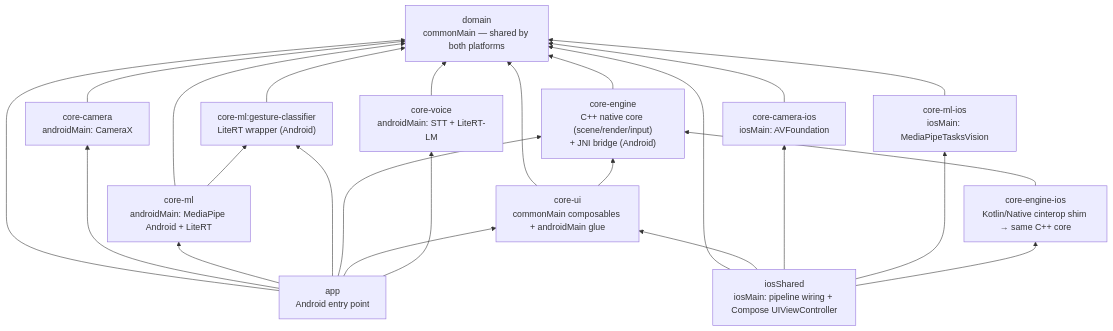
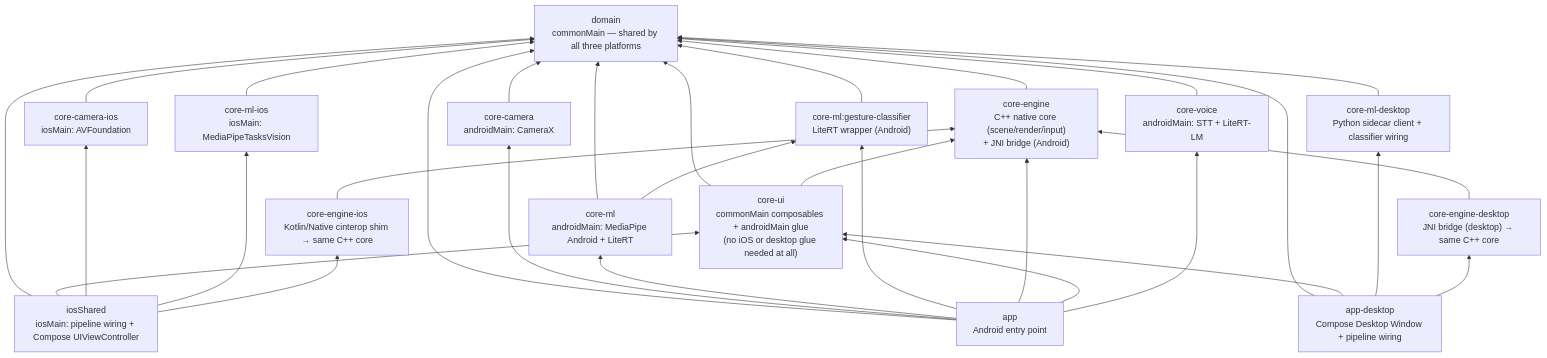
Before and after one commit to MaksimAbramenka/GestureControl: the second of 2 diagrams in README.md, drawn with Mermaid. The commit also changed other lines of this file, not shown here.

First line of the commit message:
Document the desktop port in the README (Stage 7)

````diff
--- a/README.md
+++ b/README.md
@@ -51,39 +51,48 @@
 ```mermaid
 graph BT
-    domain["domain<br/>commonMain — shared by both platforms"]
-    coreUi["core-ui<br/>commonMain composables + androidMain glue"]
+    domain["domain<br/>commonMain — shared by all three platforms"]
+    coreUi["core-ui<br/>commonMain composables + androidMain glue<br/>(no iOS or desktop glue needed at all)"]
     coreCamera["core-camera<br/>androidMain: CameraX"]
     coreCameraIos["core-camera-ios<br/>iosMain: AVFoundation"]
     coreMl["core-ml<br/>androidMain: MediaPipe Android + LiteRT"]
     gestureClassifier["core-ml:gesture-classifier<br/>LiteRT wrapper (Android)"]
     coreMlIos["core-ml-ios<br/>iosMain: MediaPipeTasksVision"]
+    coreMlDesktop["core-ml-desktop<br/>Python sidecar client + classifier wiring"]
     coreEngine["core-engine<br/>C++ native core (scene/render/input)<br/>+ JNI bridge (Android)"]
     coreEngineIos["core-engine-ios<br/>Kotlin/Native cinterop shim → same C++ core"]
+    coreEngineDesktop["core-engine-desktop<br/>JNI bridge (desktop) → same C++ core"]
     coreVoice["core-voice<br/>androidMain: STT + LiteRT-LM"]
     iosShared["iosShared<br/>iosMain: pipeline wiring + Compose UIViewController"]
+    appDesktop["app-desktop<br/>Compose Desktop Window + pipeline wiring"]
     app["app<br/>Android entry point"]
 
     coreCamera --> domain
     coreCameraIos --> domain
     coreMl --> domain
     coreMl --> gestureClassifier
     gestureClassifier --> domain
     coreMlIos --> domain
+    coreMlDesktop --> domain
     coreEngine --> domain
     coreEngineIos --> coreEngine
+    coreEngineDesktop --> coreEngine
     coreUi --> domain
     coreUi --> coreEngine
     coreVoice --> domain
     app --> domain
     app --> coreCamera
     app --> coreMl
     app --> gestureClassifier
     app --> coreEngine
     app --> coreUi
     app --> coreVoice
     iosShared --> domain
     iosShared --> coreUi
     iosShared --> coreCameraIos
     iosShared --> coreMlIos
     iosShared --> coreEngineIos
+    appDesktop --> domain
+    appDesktop --> coreUi
+    appDesktop --> coreMlDesktop
+    appDesktop --> coreEngineDesktop
 ```
````
